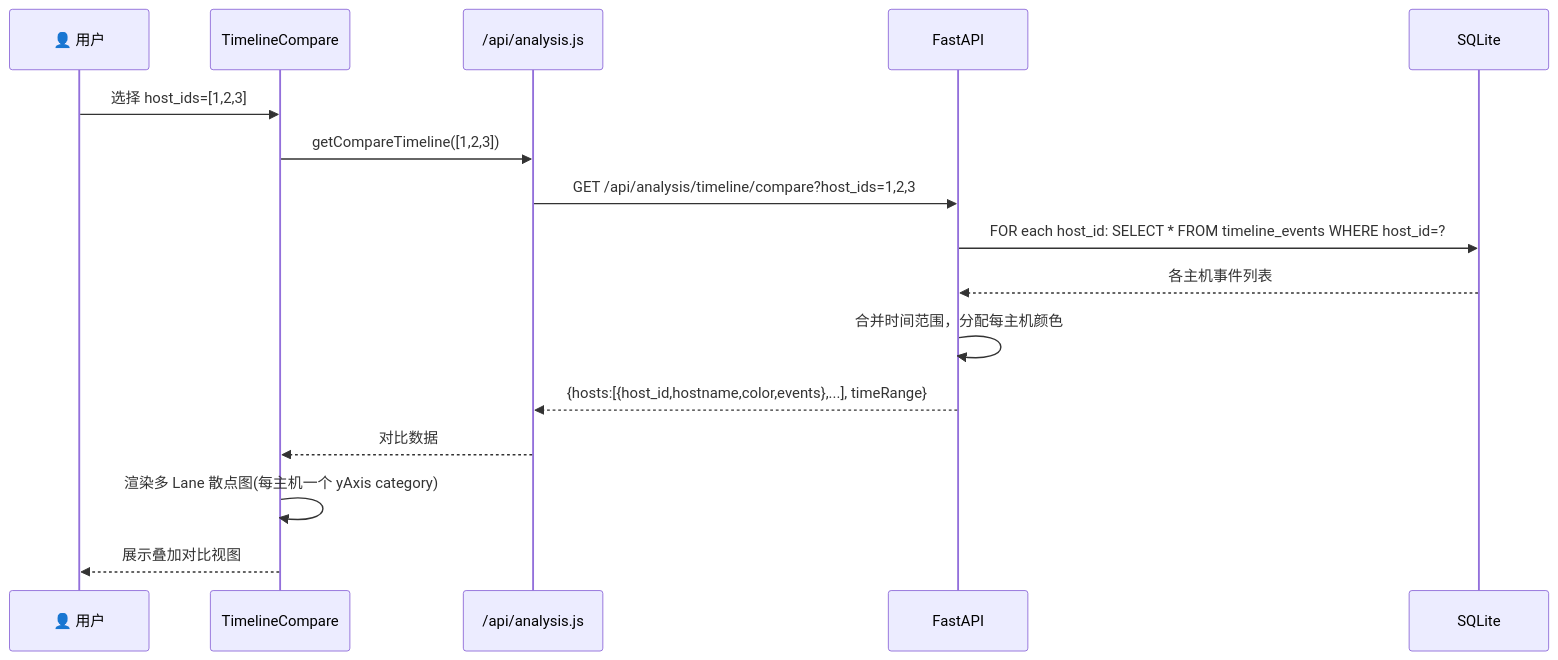
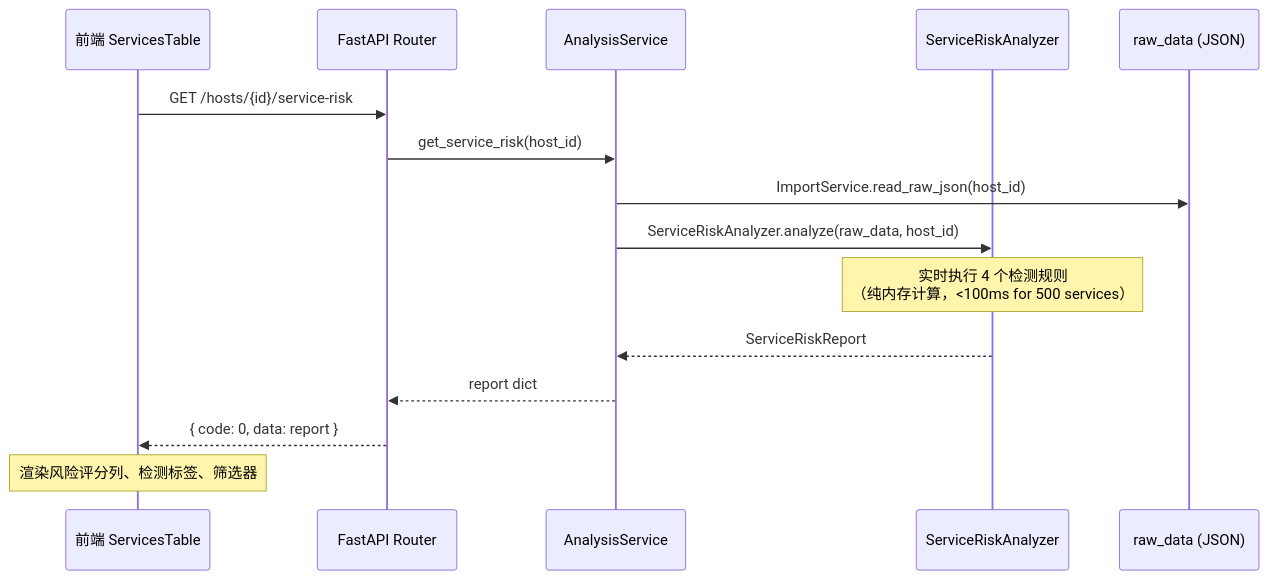
Before and after one commit to xyz0915/ir-platform: the third of 4 diagrams in docs/system_design.md, drawn with Mermaid. The commit also changed other lines of this file and 31 other files, not shown here.

````diff
--- a/docs/system_design.md
+++ b/docs/system_design.md
@@ -374,19 +324,18 @@
 ```mermaid
 sequenceDiagram
-    participant User as 👤 用户
-    participant View as TimelineCompare
-    participant API as /api/analysis.js
-    participant Backend as FastAPI
-    participant DB as SQLite
+    participant FE as 前端 ServicesTable
+    participant API as FastAPI Router
+    participant AS as AnalysisService
+    participant SRA as ServiceRiskAnalyzer
+    participant RD as raw_data (JSON)
 
-    User->>View: 选择 host_ids=[1,2,3]
-    View->>API: getCompareTimeline([1,2,3])
-    API->>Backend: GET /api/analysis/timeline/compare?host_ids=1,2,3
-    Backend->>DB: FOR each host_id: SELECT * FROM timeline_events WHERE host_id=?
-    DB-->>Backend: 各主机事件列表
-    Backend->>Backend: 合并时间范围，分配每主机颜色
-    Backend-->>API: {hosts:[{host_id,hostname,color,events},...], timeRange}
-    API-->>View: 对比数据
-    View->>View: 渲染多 Lane 散点图(每主机一个 yAxis category)
-    View-->>User: 展示叠加对比视图
+    FE->>API: GET /hosts/{id}/service-risk
+    API->>AS: get_service_risk(host_id)
+    AS->>RD: ImportService.read_raw_json(host_id)
+    AS->>SRA: ServiceRiskAnalyzer.analyze(raw_data, host_id)
+    Note over SRA: 实时执行 4 个检测规则<br/>（纯内存计算，<100ms for 500 services）
+    SRA-->>AS: ServiceRiskReport
+    AS-->>API: report dict
+    API-->>FE: { code: 0, data: report }
+    Note over FE: 渲染风险评分列、检测标签、筛选器
 ```
````
